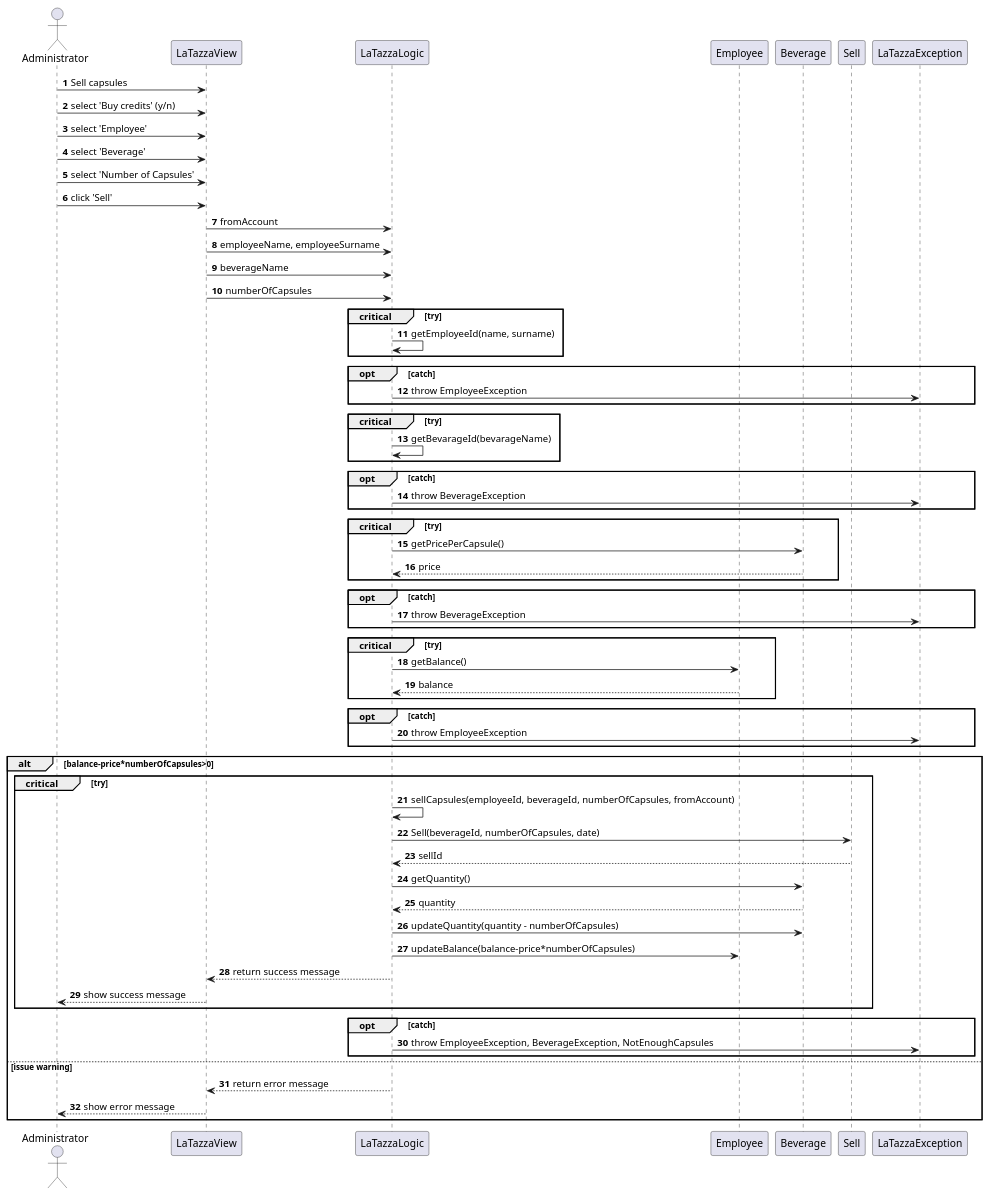
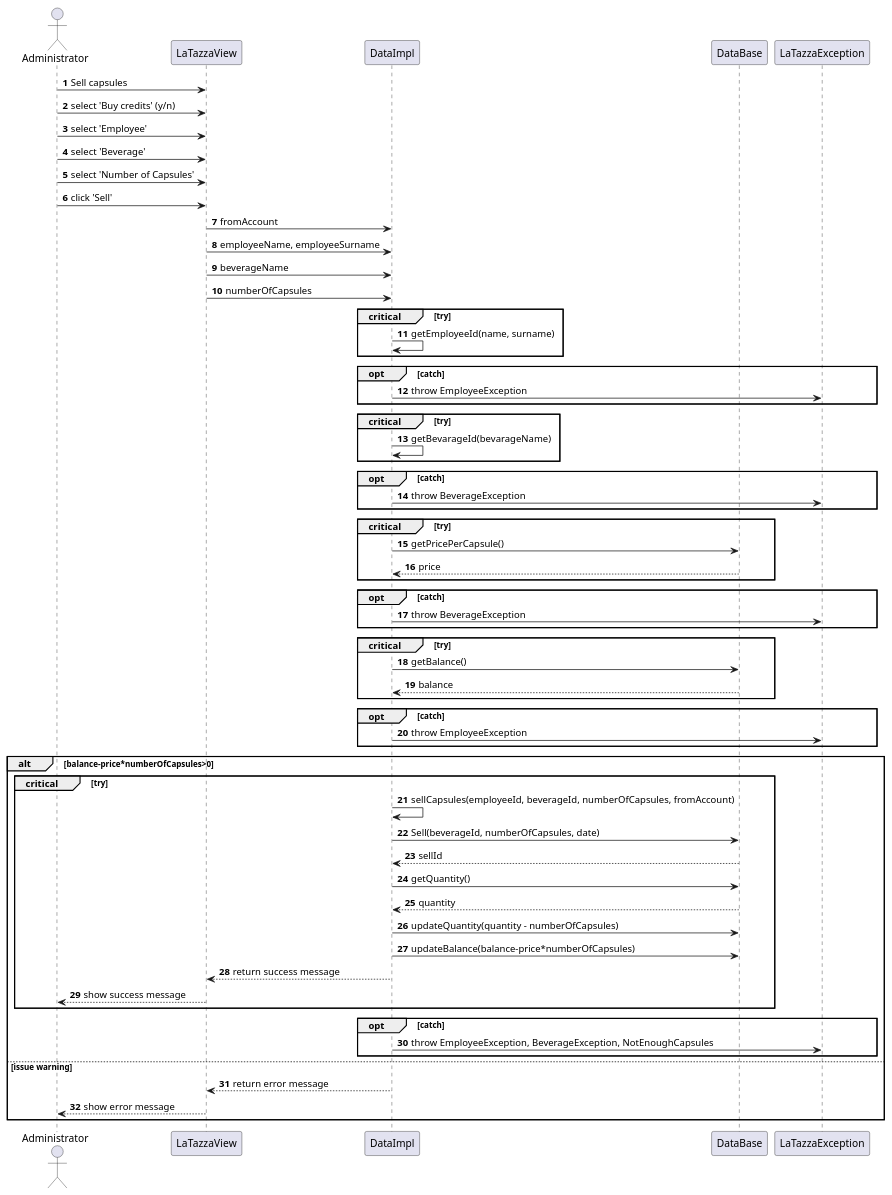
Before and after one commit to SimoneDutto/LaTazza: the third of 3 diagrams in templates/DesignDocumentTemplate.md, drawn with PlantUML. The commit also changed other lines of this file, not shown here.

````diff
--- a/templates/DesignDocumentTemplate.md
+++ b/templates/DesignDocumentTemplate.md
@@ -230,74 +150,73 @@
 ```plantuml
 actor Administrator
 participant LaTazzaView
-participant LaTazzaLogic
-participant Employee
-participant Beverage
-participant Sell
+participant DataImpl
+participant DataBase
 participant LaTazzaException
 autonumber
 
 Administrator -> LaTazzaView: Sell capsules
 Administrator -> LaTazzaView: select 'Buy credits' (y/n)
 Administrator -> LaTazzaView: select 'Employee'
 Administrator -> LaTazzaView: select 'Beverage'
 Administrator -> LaTazzaView: select 'Number of Capsules'
 Administrator -> LaTazzaView: click 'Sell'
 
-LaTazzaView -> LaTazzaLogic: fromAccount
-LaTazzaView -> LaTazzaLogic: employeeName, employeeSurname
-LaTazzaView -> LaTazzaLogic: beverageName
-LaTazzaView -> LaTazzaLogic: numberOfCapsules
+LaTazzaView -> DataImpl: fromAccount
+LaTazzaView -> DataImpl: employeeName, employeeSurname
+LaTazzaView -> DataImpl: beverageName
+LaTazzaView -> DataImpl: numberOfCapsules
 
 critical try 
-    LaTazzaLogic -> LaTazzaLogic:getEmployeeId(name, surname)
+    DataImpl -> DataImpl:getEmployeeId(name, surname)
 end
 opt catch 
-    LaTazzaLogic -> LaTazzaException: throw EmployeeException
+    DataImpl -> LaTazzaException: throw EmployeeException
 end
 
 critical try
-    LaTazzaLogic -> LaTazzaLogic: getBevarageId(bevarageName)
+    DataImpl -> DataImpl: getBevarageId(bevarageName)
 end
 opt catch
-    LaTazzaLogic -> LaTazzaException: throw BeverageException
+    DataImpl -> LaTazzaException: throw BeverageException
 end
 
 critical try
-    LaTazzaLogic -> Beverage: getPricePerCapsule()
-    Beverage --> LaTazzaLogic: price
+    DataImpl -> DataBase: getPricePerCapsule()
+    DataBase --> DataImpl: price
 end
 opt catch
-    LaTazzaLogic -> LaTazzaException: throw BeverageException
+    DataImpl -> LaTazzaException: throw BeverageException
 end
 
 critical try
-    LaTazzaLogic -> Employee: getBalance()
-Employee --> LaTazzaLogic: balance
+    DataImpl -> DataBase: getBalance()
+    DataBase --> DataImpl: balance
 end
 opt catch
-    LaTazzaLogic -> LaTazzaException: throw EmployeeException
+    DataImpl -> LaTazzaException: throw EmployeeException
 end
 
 alt balance-price*numberOfCapsules>0
     critical try
-    LaTazzaLogic -> LaTazzaLogic: sellCapsules(employeeId, beverageId, numberOfCapsules, fromAccount)
-    LaTazzaLogic -> Sell: Sell(beverageId, numberOfCapsules, date)
-    Sell --> LaTazzaLogic: sellId
-    LaTazzaLogic -> Beverage: getQuantity()
-    Beverage --> LaTazzaLogic: quantity
-    LaTazzaLogic -> Beverage: updateQuantity(quantity - numberOfCapsules)
-    LaTazzaLogic -> Employee: updateBalance(balance-price*numberOfCapsules)
-    LaTazzaLogic --> LaTazzaView: return success message
+    DataImpl -> DataImpl: sellCapsules(employeeId, beverageId, numberOfCapsules, fromAccount)
+    DataImpl -> DataBase: Sell(beverageId, numberOfCapsules, date)
+    DataBase --> DataImpl: sellId
+    DataImpl -> DataBase: getQuantity()
+    DataBase --> DataImpl: quantity
+    DataImpl -> DataBase: updateQuantity(quantity - numberOfCapsules)
+    DataImpl -> DataBase: updateBalance(balance-price*numberOfCapsules)
+    DataImpl --> LaTazzaView: return success message
     LaTazzaView --> Administrator: show success message
     end
     opt catch
-    LaTazzaLogic -> LaTazzaException: throw EmployeeException, BeverageException, NotEnoughCapsules
+    DataImpl -> LaTazzaException: throw EmployeeException, BeverageException, NotEnoughCapsules
     end
     
 else issue warning
-    LaTazzaLogic --> LaTazzaView: return error message
+    DataImpl --> LaTazzaView: return error message
     LaTazzaView --> Administrator: show error message
 end
+
     
 ```
````
